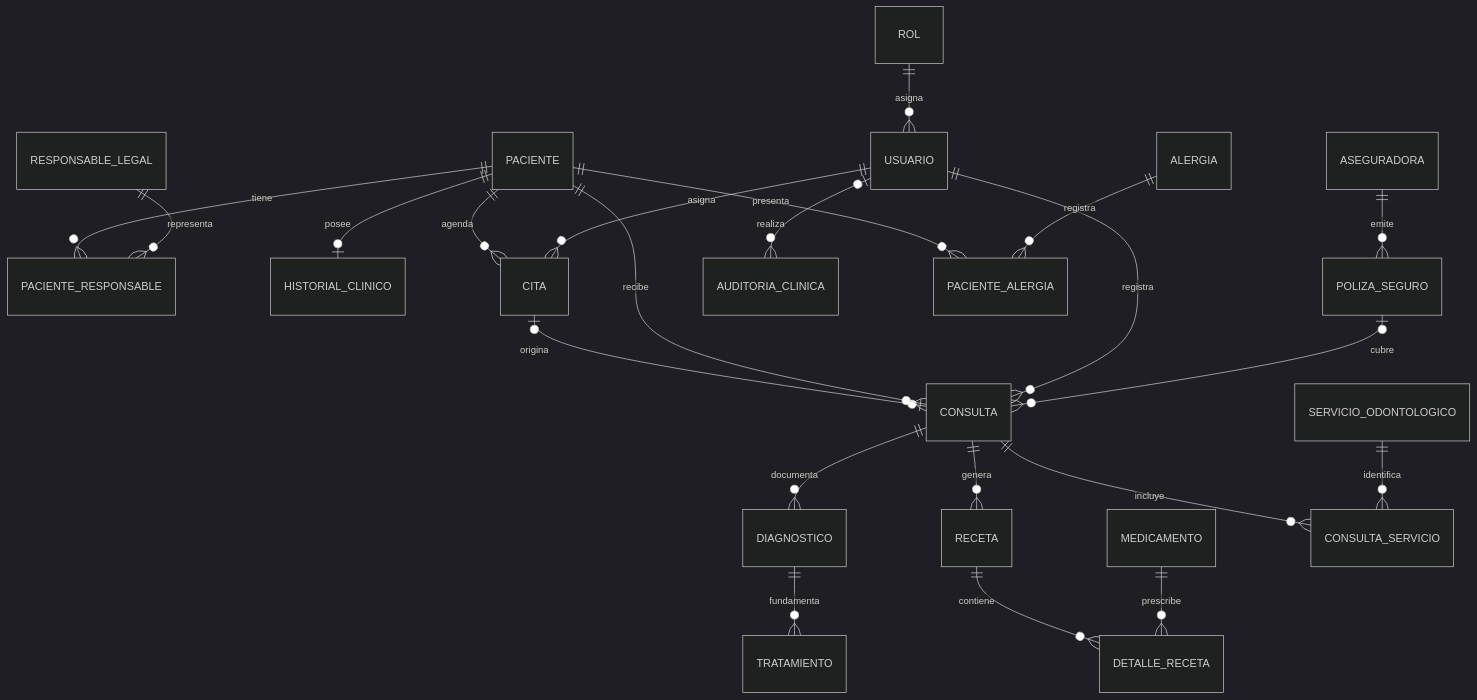
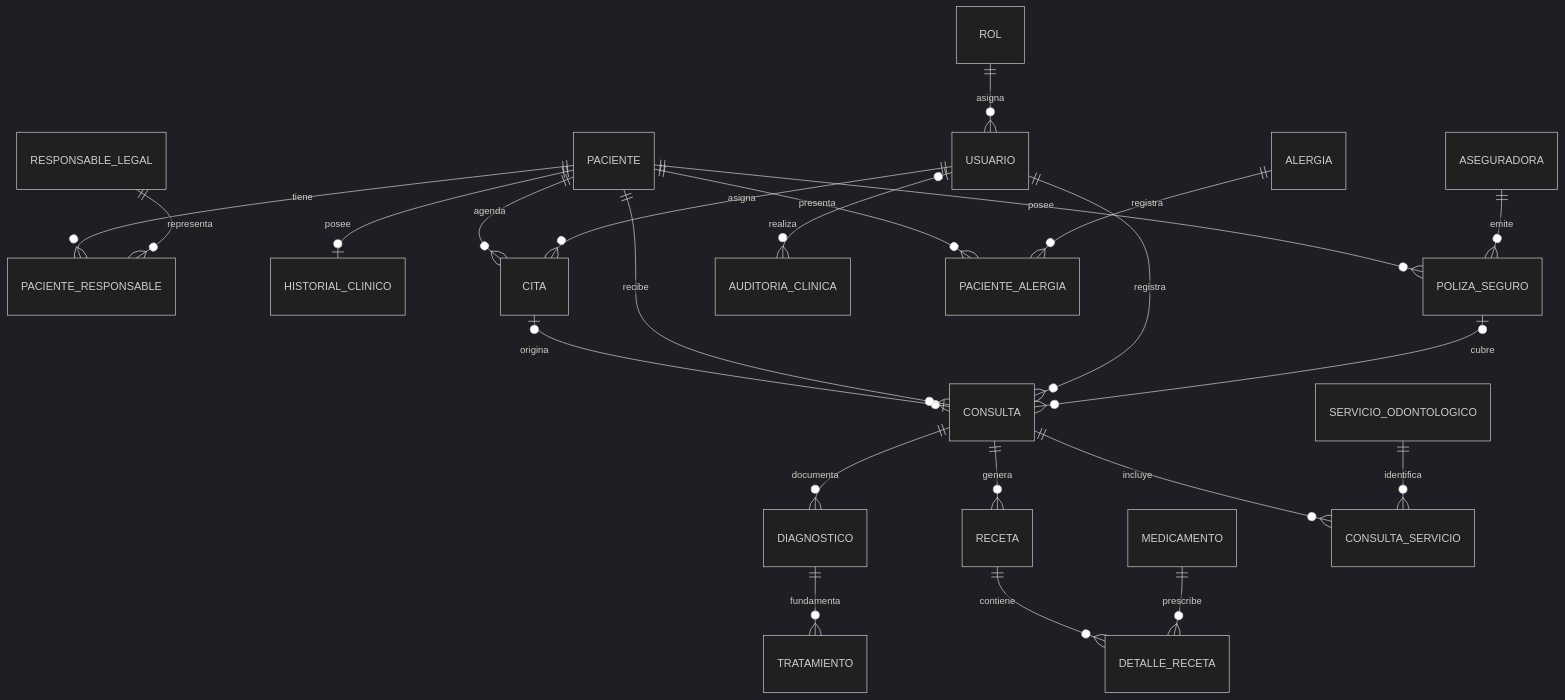
One commit to Dom-cs13/proyecto-bd2 changed the diagram in infra/database/postgresql/ddl/odontologia_modelo_i2_04.md. Above: the diagram before and after it, drawn with Mermaid (dark theme). The commit also changed other lines of this file and 2 other files, not shown here.

Commit message:
[I2-05] Ajustar horarios cancelados y polizas por paciente

````diff
--- a/infra/database/postgresql/ddl/odontologia_modelo_i2_04.md
+++ b/infra/database/postgresql/ddl/odontologia_modelo_i2_04.md
@@ -41,24 +41,25 @@
 ```mermaid
 erDiagram
   ROL ||--o{ USUARIO : asigna
   PACIENTE ||--o{ PACIENTE_RESPONSABLE : tiene
   RESPONSABLE_LEGAL ||--o{ PACIENTE_RESPONSABLE : representa
   PACIENTE ||--o| HISTORIAL_CLINICO : posee
   PACIENTE ||--o{ CITA : agenda
   USUARIO ||--o{ CITA : asigna
   CITA o|--o| CONSULTA : origina
   PACIENTE ||--o{ CONSULTA : recibe
   USUARIO ||--o{ CONSULTA : registra
+  PACIENTE ||--o{ POLIZA_SEGURO : posee
   ASEGURADORA ||--o{ POLIZA_SEGURO : emite
   POLIZA_SEGURO o|--o{ CONSULTA : cubre
   CONSULTA ||--o{ DIAGNOSTICO : documenta
   DIAGNOSTICO ||--o{ TRATAMIENTO : fundamenta
   CONSULTA ||--o{ RECETA : genera
   RECETA ||--o{ DETALLE_RECETA : contiene
   MEDICAMENTO ||--o{ DETALLE_RECETA : prescribe
   CONSULTA ||--o{ CONSULTA_SERVICIO : incluye
   SERVICIO_ODONTOLOGICO ||--o{ CONSULTA_SERVICIO : identifica
   USUARIO o|--o{ AUDITORIA_CLINICA : realiza
   PACIENTE ||--o{ PACIENTE_ALERGIA : presenta
   ALERGIA ||--o{ PACIENTE_ALERGIA : registra
 ```
````
